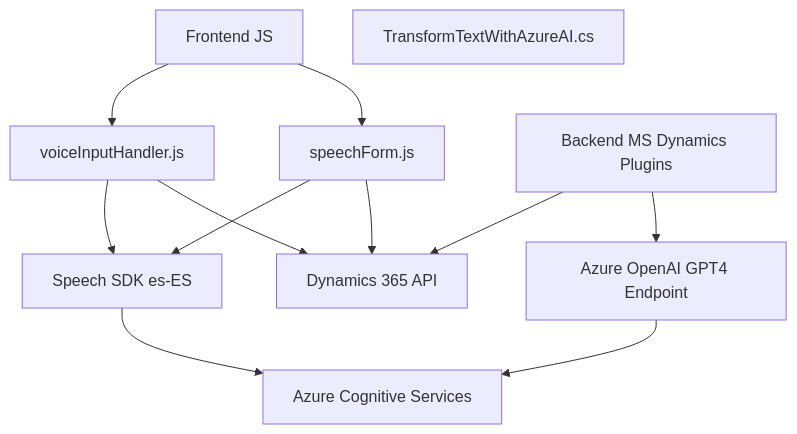
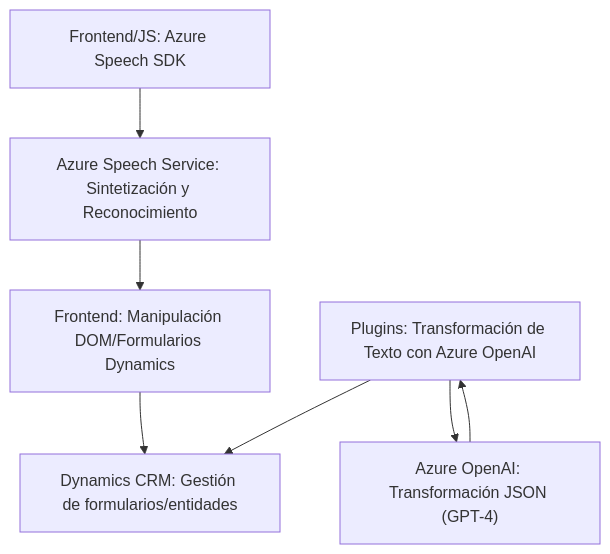
Before and after one commit to blopezdm/NETCORE_BILBAO2025: the diagram in README.md, drawn with Mermaid. The commit also changed other lines of this file, not shown here.

Commit message:
Actualizar análisis global de la solución con IA

````diff
--- a/README.md
+++ b/README.md
@@ -45,23 +38,16 @@
 ```mermaid
 graph TD
-A["Frontend JS"]
-B["voiceInputHandler.js"]
-C["speechForm.js"]
-D["Backend MS Dynamics Plugins"]
-E["TransformTextWithAzureAI.cs"]
-F["Azure Cognitive Services"]
-G["Speech SDK es-ES"] 
-H["Azure OpenAI GPT4 Endpoint"]
-I["Dynamics 365 API"]
+    A["Frontend/JS: Azure Speech SDK"]
+    B["Frontend: Manipulación DOM/Formularios Dynamics"]
+    C["Azure Speech Service: Sintetización y Reconocimiento"]
+    D["Plugins: Transformación de Texto con Azure OpenAI"]
+    E["Dynamics CRM: Gestión de formularios/entidades"]
+    F["Azure OpenAI: Transformación JSON (GPT-4)"]
 
-A --> B
-A --> C
-B --> G
-C --> G
-B --> I
-C --> I
-D --> I
-D --> H
-H --> F
-G --> F
+    A --> C
+    B --> E
+    C --> B
+    D --> F
+    D --> E
+    F --> D
 ```
````
